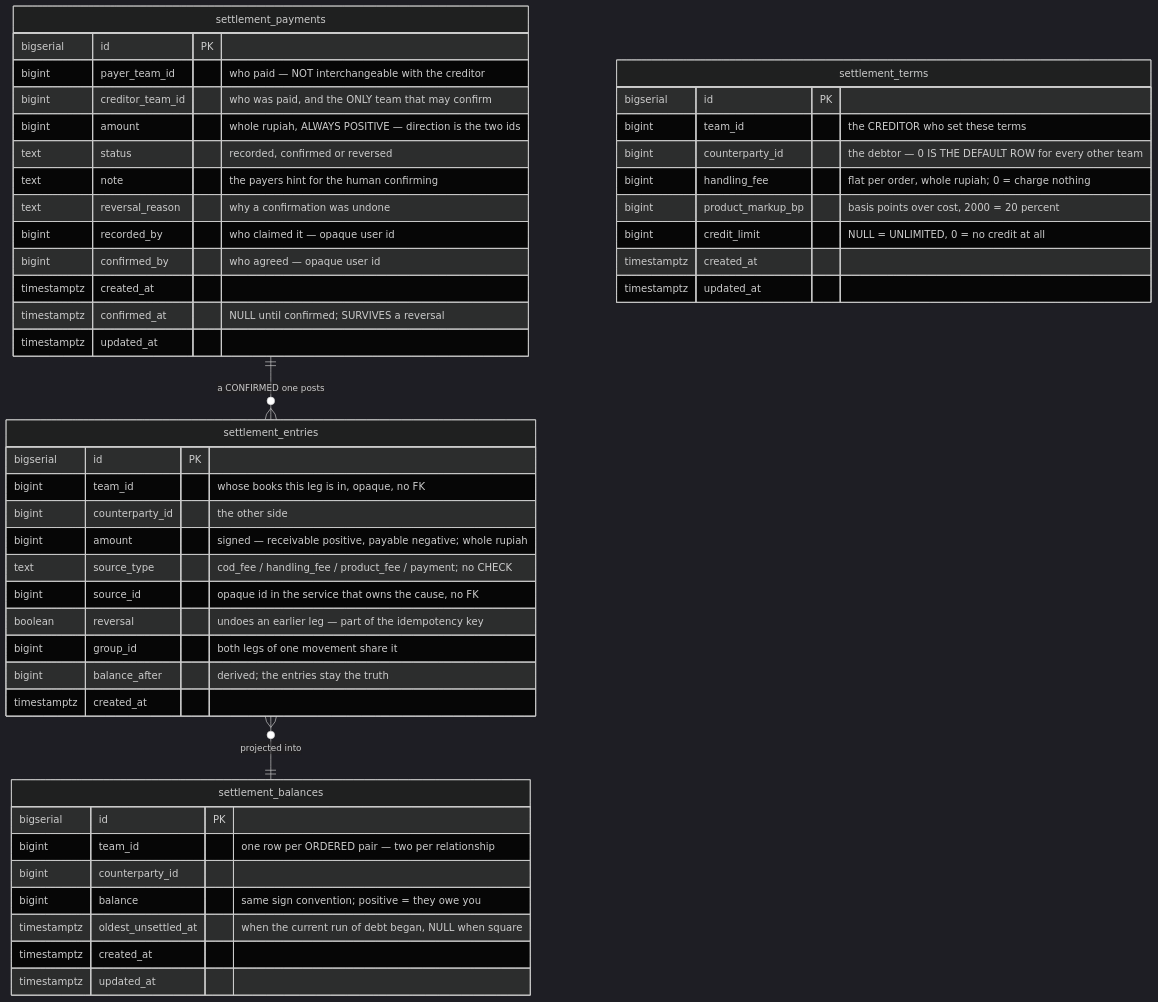
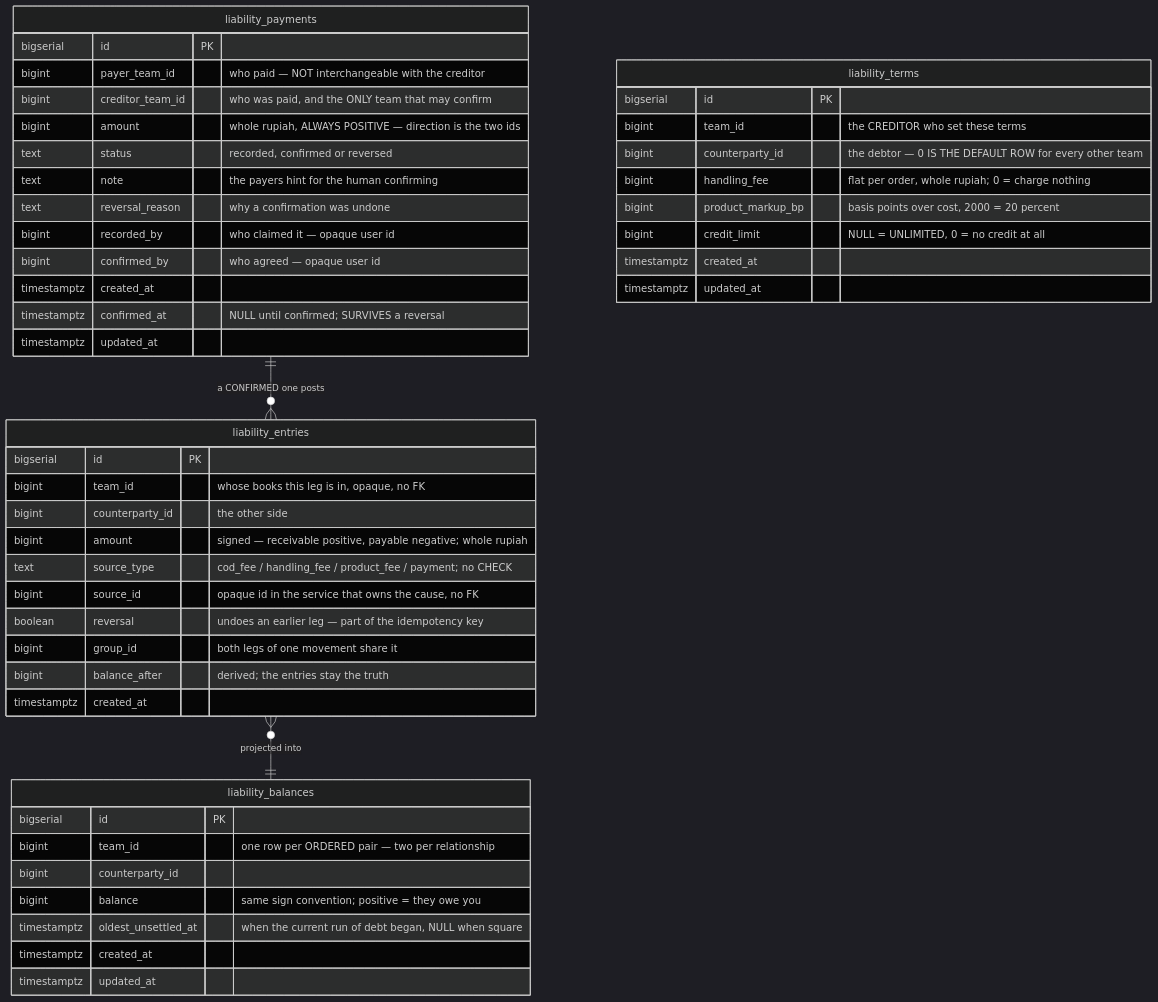
One commit to pdcgo/warehouse_revamp changed diagram 12 of 13 in docs/database-schema.md. Above: the diagram before and after it, drawn with Mermaid (dark theme). The commit also changed other lines of this file and 221 other files, not shown here.

````diff
--- a/docs/database-schema.md
+++ b/docs/database-schema.md
@@ -1090,53 +1075,53 @@
 ```mermaid
 erDiagram
-    settlement_entries }o--|| settlement_balances : "projected into"
-    settlement_payments ||--o{ settlement_entries : "a CONFIRMED one posts"
-    settlement_terms {
+    liability_entries }o--|| liability_balances : "projected into"
+    liability_payments ||--o{ liability_entries : "a CONFIRMED one posts"
+    liability_terms {
         bigserial   id                PK
         bigint      team_id           "the CREDITOR who set these terms"
         bigint      counterparty_id   "the debtor — 0 IS THE DEFAULT ROW for every other team"
         bigint      handling_fee      "flat per order, whole rupiah; 0 = charge nothing"
         bigint      product_markup_bp "basis points over cost, 2000 = 20 percent"
         bigint      credit_limit      "NULL = UNLIMITED, 0 = no credit at all"
         timestamptz created_at
         timestamptz updated_at
     }
 
-    settlement_entries {
+    liability_entries {
         bigserial   id              PK
         bigint      team_id         "whose books this leg is in, opaque, no FK"
         bigint      counterparty_id "the other side"
         bigint      amount          "signed — receivable positive, payable negative; whole rupiah"
         text        source_type     "cod_fee / handling_fee / product_fee / payment; no CHECK"
         bigint      source_id       "opaque id in the service that owns the cause, no FK"
         boolean     reversal        "undoes an earlier leg — part of the idempotency key"
         bigint      group_id        "both legs of one movement share it"
         bigint      balance_after   "derived; the entries stay the truth"
         timestamptz created_at
     }
 
-    settlement_balances {
+    liability_balances {
         bigserial   id                  PK
         bigint      team_id             "one row per ORDERED pair — two per relationship"
         bigint      counterparty_id
         bigint      balance             "same sign convention; positive = they owe you"
         timestamptz oldest_unsettled_at "when the current run of debt began, NULL when square"
         timestamptz created_at
         timestamptz updated_at
     }
 
-    settlement_payments {
+    liability_payments {
         bigserial   id               PK
         bigint      payer_team_id    "who paid — NOT interchangeable with the creditor"
         bigint      creditor_team_id "who was paid, and the ONLY team that may confirm"
         bigint      amount           "whole rupiah, ALWAYS POSITIVE — direction is the two ids"
         text        status           "recorded, confirmed or reversed"
         text        note             "the payers hint for the human confirming"
         text        reversal_reason  "why a confirmation was undone"
         bigint      recorded_by      "who claimed it — opaque user id"
         bigint      confirmed_by     "who agreed — opaque user id"
         timestamptz created_at
         timestamptz confirmed_at     "NULL until confirmed; SURVIVES a reversal"
         timestamptz updated_at
     }
 ```
````
